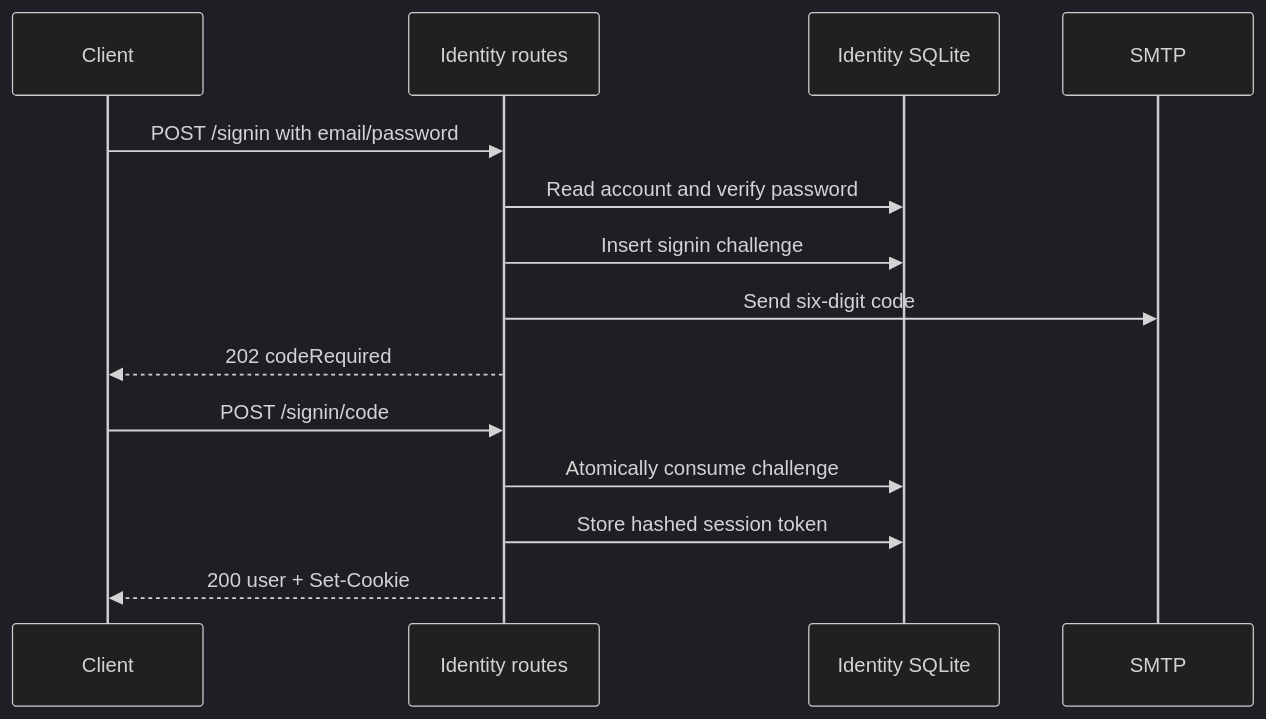
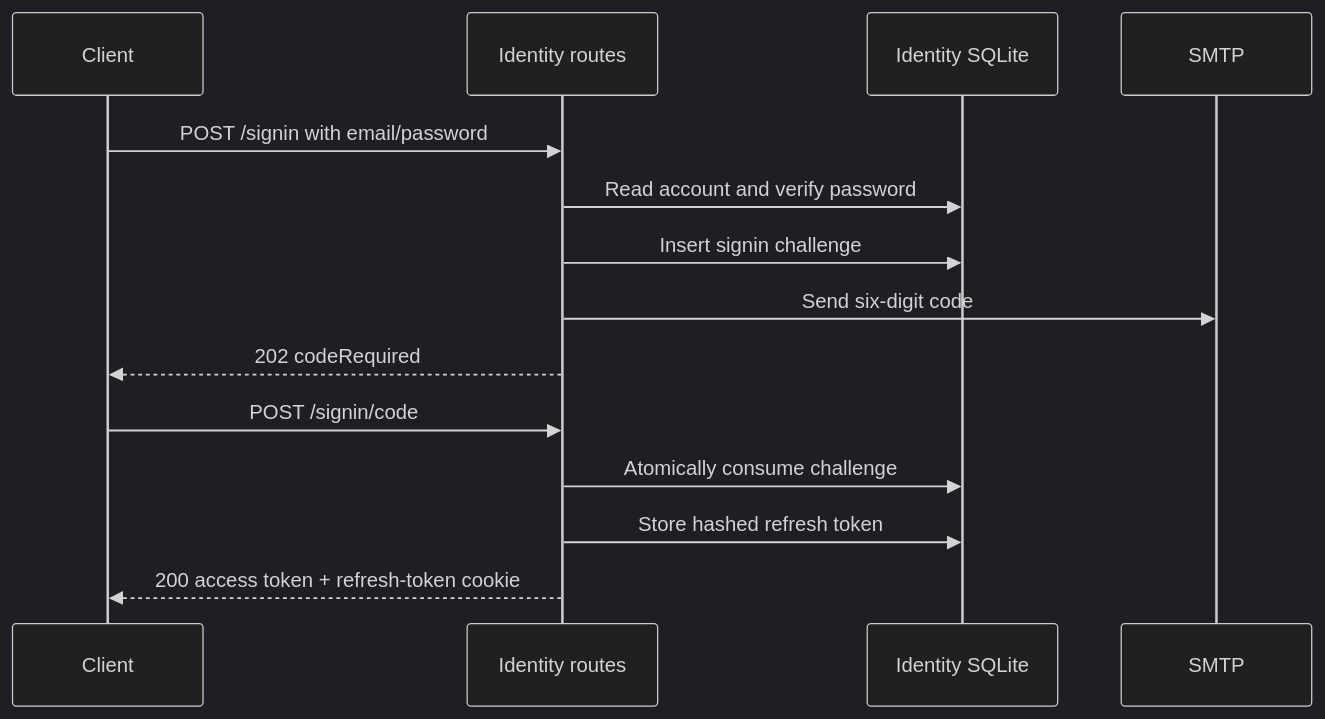
The third of 3 diagrams in auth/README.md (h19overflow/stubhub), drawn with Mermaid (dark theme) before and after one commit. The commit also changed other lines of this file and 20 other files, not shown here.

````diff
--- a/auth/README.md
+++ b/auth/README.md
@@ -375,18 +395,18 @@
 ```mermaid
 sequenceDiagram
     participant C as Client
     participant I as Identity routes
     participant D as Identity SQLite
     participant M as SMTP
 
     C->>I: POST /signin with email/password
     I->>D: Read account and verify password
     I->>D: Insert signin challenge
     I->>M: Send six-digit code
     I-->>C: 202 codeRequired
 
     C->>I: POST /signin/code
     I->>D: Atomically consume challenge
-    I->>D: Store hashed session token
-    I-->>C: 200 user + Set-Cookie
+    I->>D: Store hashed refresh token
+    I-->>C: 200 access token + refresh-token cookie
 ```
````
